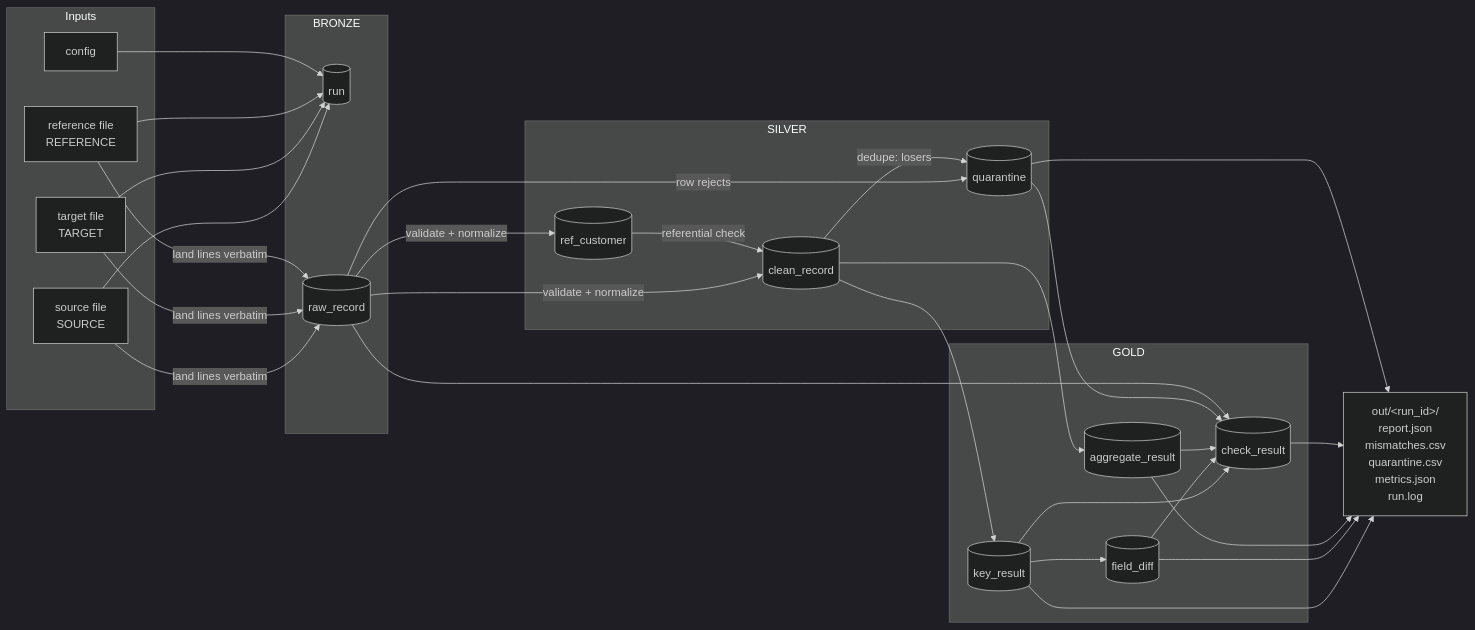
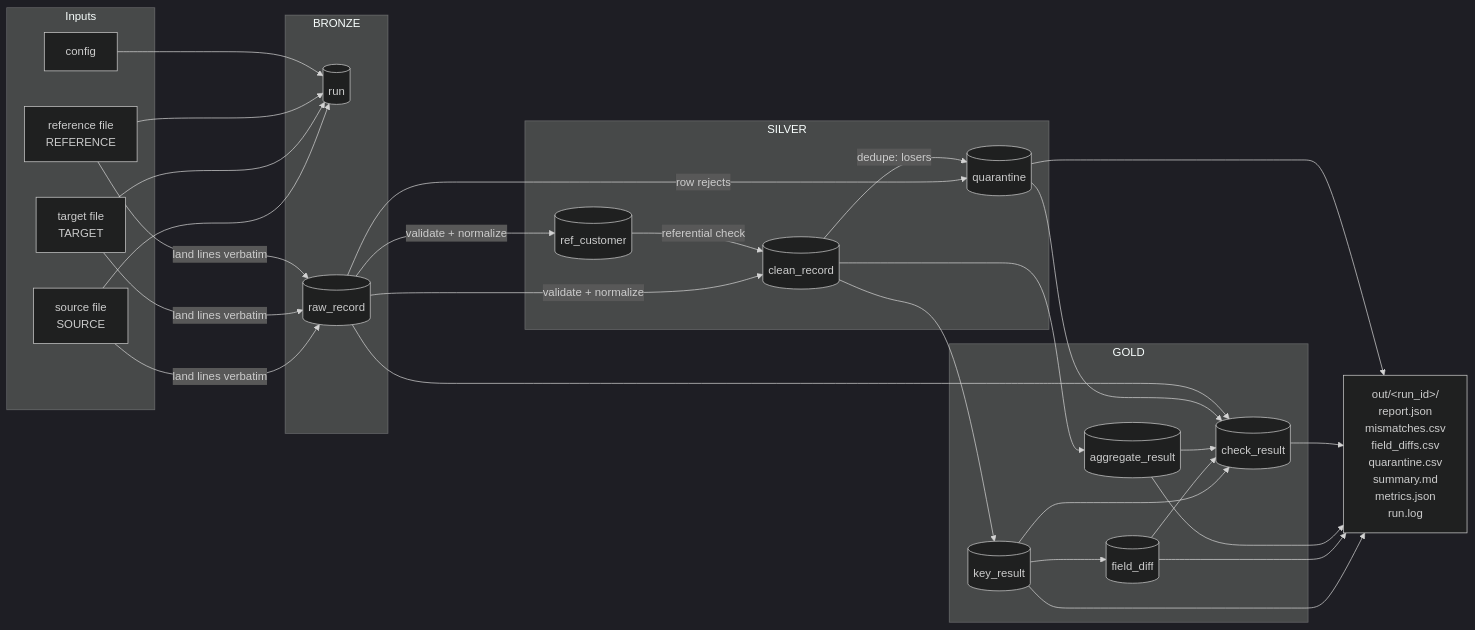
One commit to risri-odoo/recon-pipeline-dataEngineer-yotta changed the first of 2 diagrams in docs/DESIGN.md. Above: the diagram before and after it, drawn with Mermaid (dark theme). The commit also changed other lines of this file and 14 other files, not shown here.

````diff
--- a/docs/DESIGN.md
+++ b/docs/DESIGN.md
@@ -15,37 +16,37 @@
 ```mermaid
 flowchart LR
     subgraph IN[Inputs]
         S[source file<br/>SOURCE]
         T[target file<br/>TARGET]
         R[reference file<br/>REFERENCE]
         C[config]
     end
     subgraph B[BRONZE]
         RUN[(run)]
         RAW[(raw_record)]
     end
     subgraph SV[SILVER]
         CLEAN[(clean_record)]
         REF[(ref_customer)]
         Q[(quarantine)]
     end
     subgraph G[GOLD]
         KR[(key_result)]
         FD[(field_diff)]
         AR[(aggregate_result)]
         CR[(check_result)]
     end
-    OUT[out/&lt;run_id&gt;/<br/>report.json<br/>mismatches.csv<br/>quarantine.csv<br/>metrics.json<br/>run.log]
+    OUT[out/&lt;run_id&gt;/<br/>report.json<br/>mismatches.csv<br/>field_diffs.csv<br/>quarantine.csv<br/>summary.md<br/>metrics.json<br/>run.log]
 
     S & T & R & C --> RUN
     S & T & R -->|land lines verbatim| RAW
     RAW -->|validate + normalize| CLEAN
     RAW -->|validate + normalize| REF
     RAW -->|row rejects| Q
     CLEAN -->|dedupe: losers| Q
     REF -->|referential check| CLEAN
     CLEAN --> KR --> FD
     CLEAN --> AR
     KR & FD & AR & Q & RAW --> CR
     KR & FD & AR & CR & Q --> OUT
 ```
````
